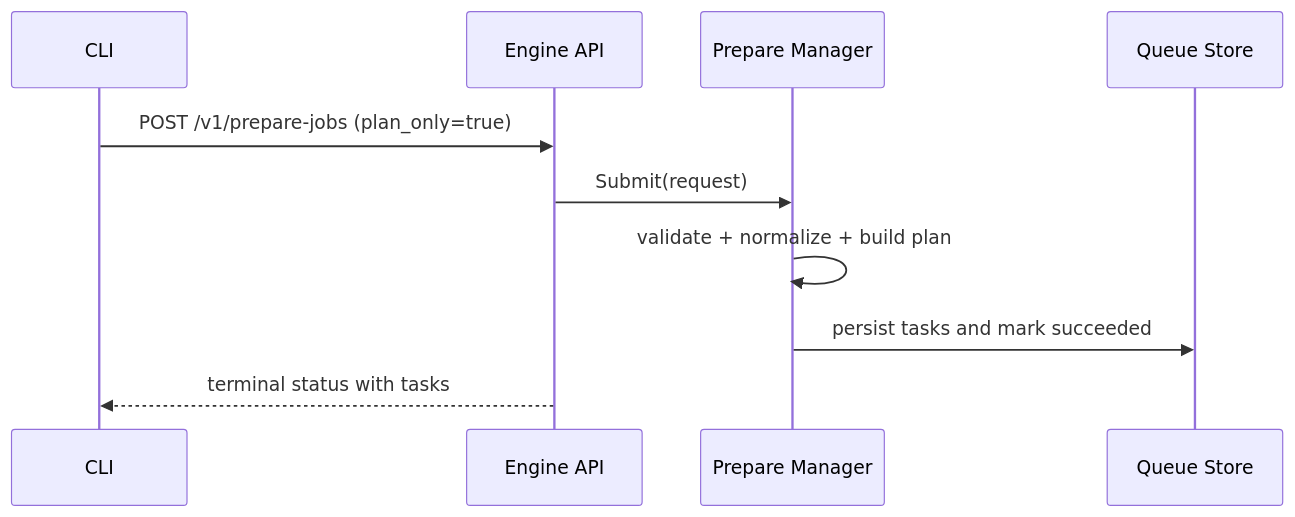
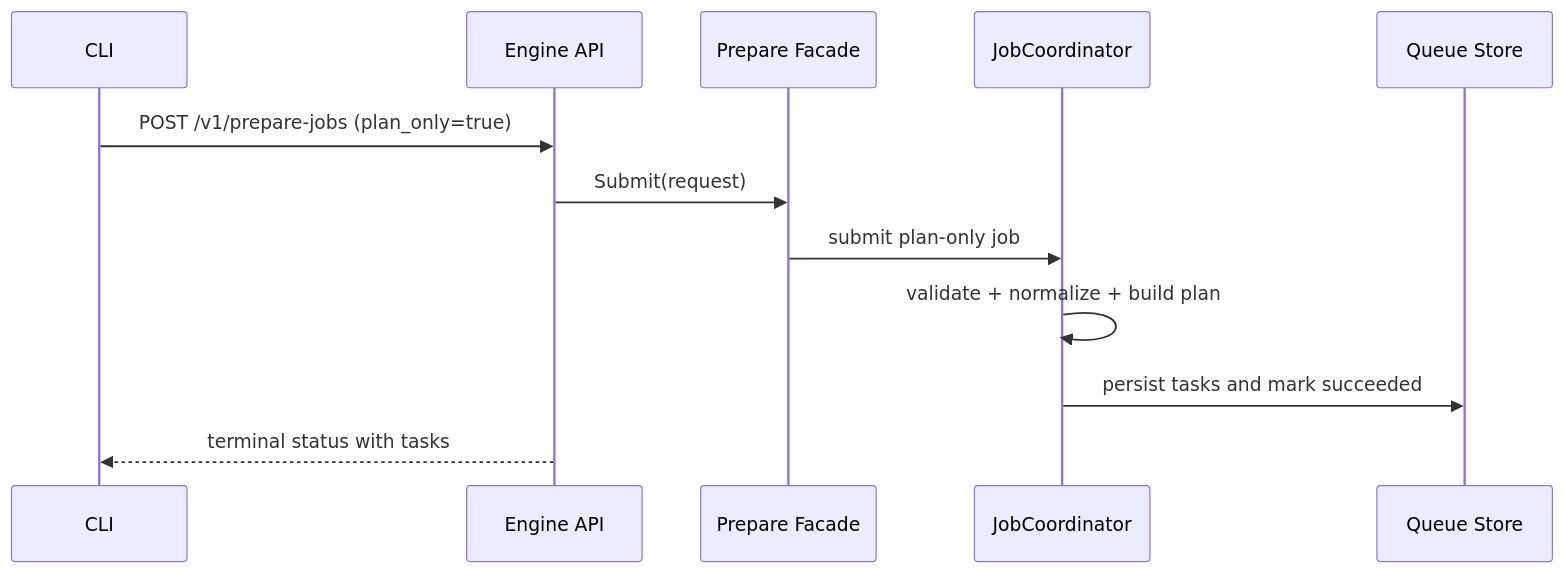
The third of 5 diagrams in docs/architecture/engine-internals.RU.md (kimak-irmagi/taidon), drawn with Mermaid before and after one commit. The commit also changed other lines of this file and 44 other files, not shown here.

````diff
--- a/docs/architecture/engine-internals.RU.md
+++ b/docs/architecture/engine-internals.RU.md
@@ -167,13 +191,15 @@
 ```mermaid
 sequenceDiagram
   participant CLI as CLI
   participant API as Engine API
-  participant PREP as Prepare Manager
+  participant PREP as Prepare Facade
+  participant COORD as JobCoordinator
   participant QUEUE as Queue Store
 
   CLI->>API: POST /v1/prepare-jobs (plan_only=true)
   API->>PREP: Submit(request)
-  PREP->>PREP: validate + normalize + build plan
-  PREP->>QUEUE: persist tasks and mark succeeded
+  PREP->>COORD: submit plan-only job
+  COORD->>COORD: validate + normalize + build plan
+  COORD->>QUEUE: persist tasks and mark succeeded
   API-->>CLI: terminal status with tasks
 ```
````
